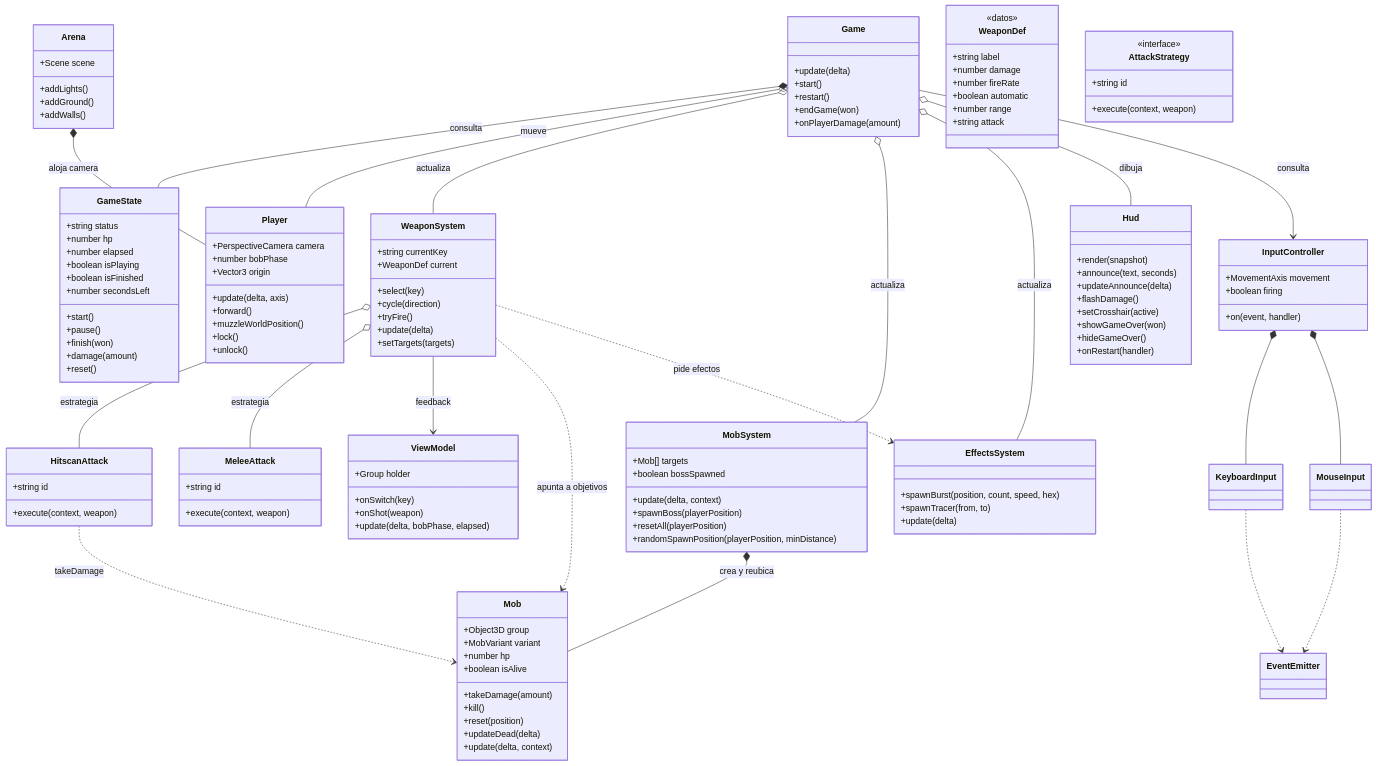
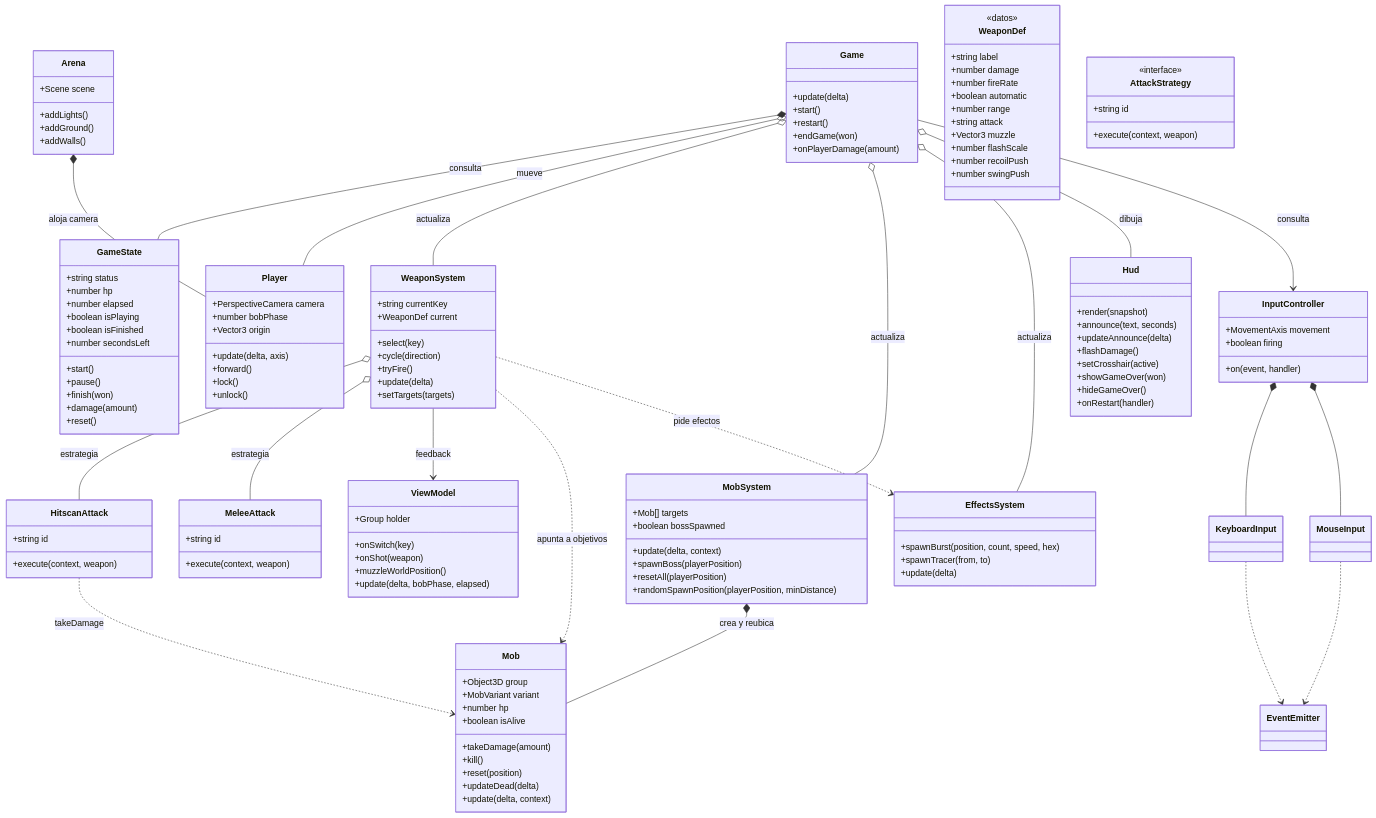
The first of 5 diagrams in ARCHITECTURE.md (Lstevens/shooter-espacial-3d), drawn with Mermaid before and after one commit. The commit also changed 6 other files, not shown here.

```diff
--- a/ARCHITECTURE.md
+++ b/ARCHITECTURE.md
@@ -70,7 +70,6 @@
         +Vector3 origin
         +update(delta, axis)
         +forward()
-        +muzzleWorldPosition()
         +lock()
         +unlock()
     }
@@ -93,6 +92,10 @@
         +boolean automatic
         +number range
         +string attack
+        +Vector3 muzzle
+        +number flashScale
+        +number recoilPush
+        +number swingPush
     }
 
     class AttackStrategy {
@@ -115,6 +118,7 @@
         +Group holder
         +onSwitch(key)
         +onShot(weapon)
+        +muzzleWorldPosition()
         +update(delta, bobPhase, elapsed)
     }
 
```
